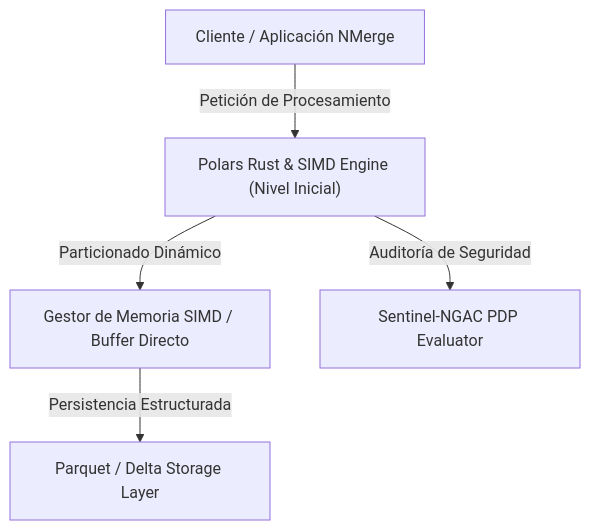
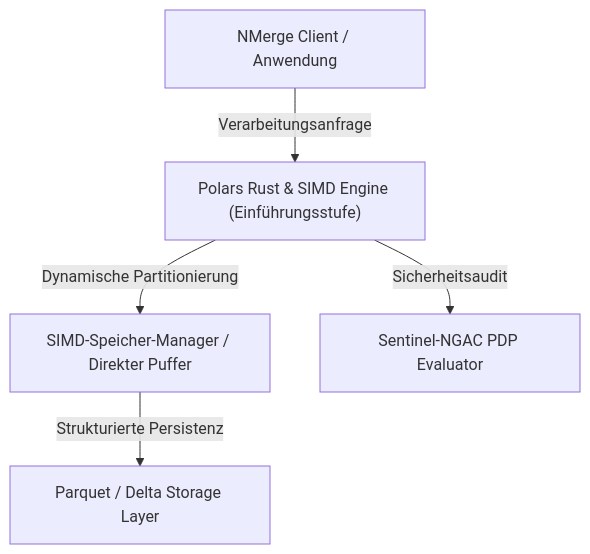
One commit to gjpierp/nmergeia changed the diagram in public/docs/de/datascience_polars.md. Above: the diagram before and after it, drawn with Mermaid. The commit also changed other lines of this file and 182 other files, not shown here.

Commit message:
fix(i18n): sincronizar claves de menú i18n para los 7 idiomas, traducir diagramas Mermaid y agregar fallback a español contra 404 de Vite

````diff
--- a/public/docs/de/datascience_polars.md
+++ b/public/docs/de/datascience_polars.md
@@ -16,7 +16,7 @@
 ```mermaid
 flowchart TD
-    A["Cliente / Aplicación NMerge"] -->|Petición de Procesamiento| B["Polars Rust & SIMD Engine (Nivel Inicial)"]
-    B -->|Particionado Dinámico| C["Gestor de Memoria SIMD / Buffer Directo"]
-    C -->|Persistencia Estructurada| D["Parquet / Delta Storage Layer"]
-    B -->|Auditoría de Seguridad| E["Sentinel-NGAC PDP Evaluator"]
+    A["NMerge Client / Anwendung"] -->|Verarbeitungsanfrage| B["Polars Rust & SIMD Engine (Einführungsstufe)"]
+    B -->|Dynamische Partitionierung| C["SIMD-Speicher-Manager / Direkter Puffer"]
+    C -->|Strukturierte Persistenz| D["Parquet / Delta Storage Layer"]
+    B -->|Sicherheitsaudit| E["Sentinel-NGAC PDP Evaluator"]
 ```
````
